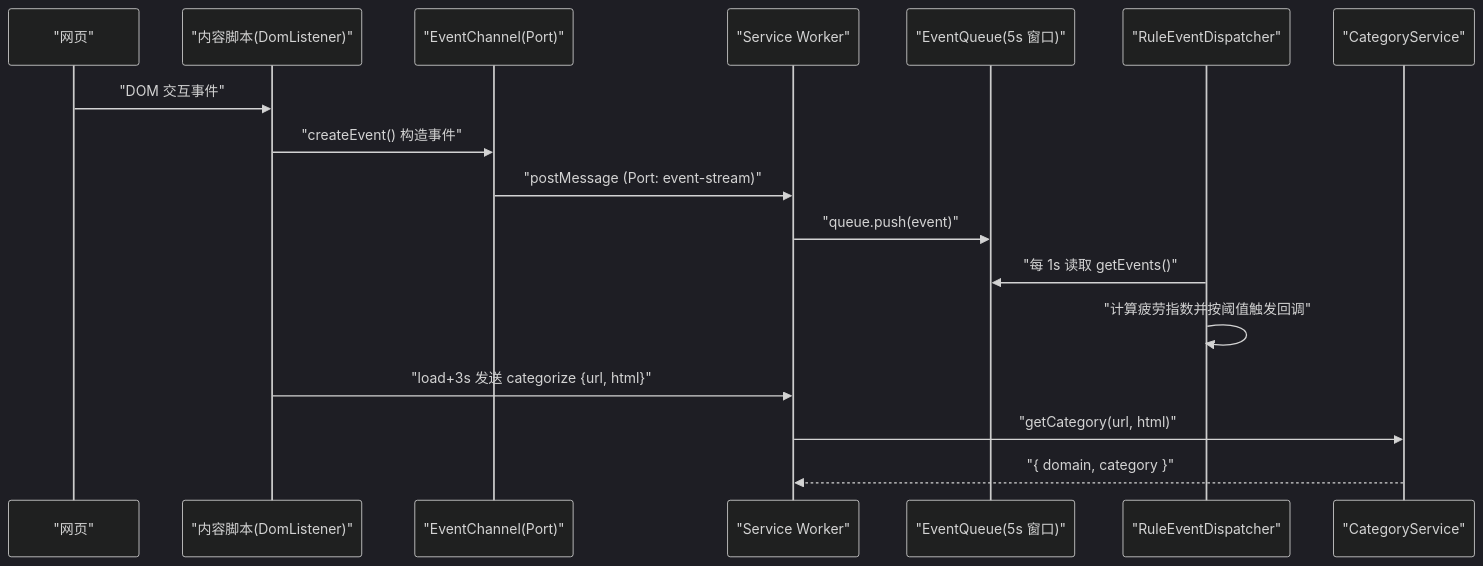
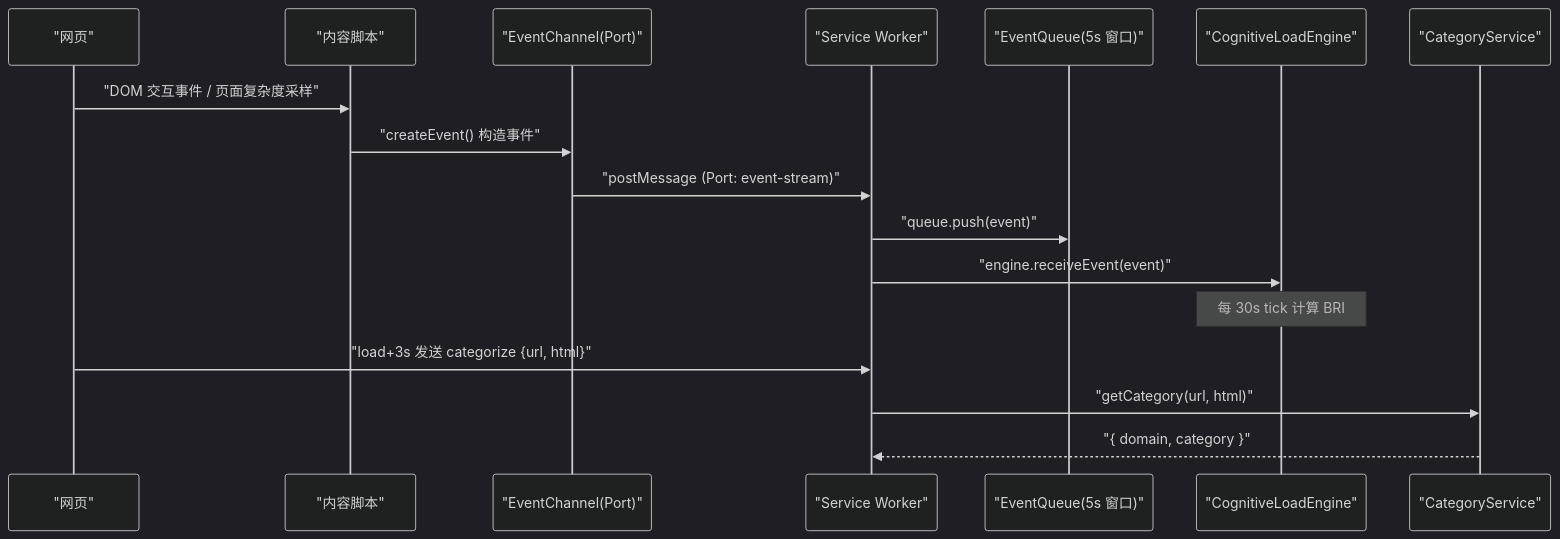
The second of 2 diagrams in .qoder/repowiki/zh/content/项目概述.md (MingxuanGame/BrainRest), drawn with Mermaid (dark theme) before and after one commit. The commit also changed other lines of this file and 70 other files, not shown here.

````diff
--- a/.qoder/repowiki/zh/content/项目概述.md
+++ b/.qoder/repowiki/zh/content/项目概述.md
@@ -143,19 +187,19 @@
 ```mermaid
 sequenceDiagram
 participant Page as "网页"
-participant Content as "内容脚本(DomListener)"
+participant Content as "内容脚本"
 participant Channel as "EventChannel(Port)"
 participant SW as "Service Worker"
 participant Queue as "EventQueue(5s 窗口)"
-participant RED as "RuleEventDispatcher"
+participant Engine as "CognitiveLoadEngine"
 participant CAT as "CategoryService"
-Page->>Content : "DOM 交互事件"
+Page->>Content : "DOM 交互事件 / 页面复杂度采样"
 Content->>Channel : "createEvent() 构造事件"
 Channel->>SW : "postMessage (Port: event-stream)"
 SW->>Queue : "queue.push(event)"
-RED->>Queue : "每 1s 读取 getEvents()"
-RED->>RED : "计算疲劳指数并按阈值触发回调"
-Content->>SW : "load+3s 发送 categorize {url, html}"
+SW->>Engine : "engine.receiveEvent(event)"
+Note over Engine : 每 30s tick 计算 BRI
+Page->>SW : "load+3s 发送 categorize {url, html}"
 SW->>CAT : "getCategory(url, html)"
 CAT-->>SW : "{ domain, category }"
 ```
````
